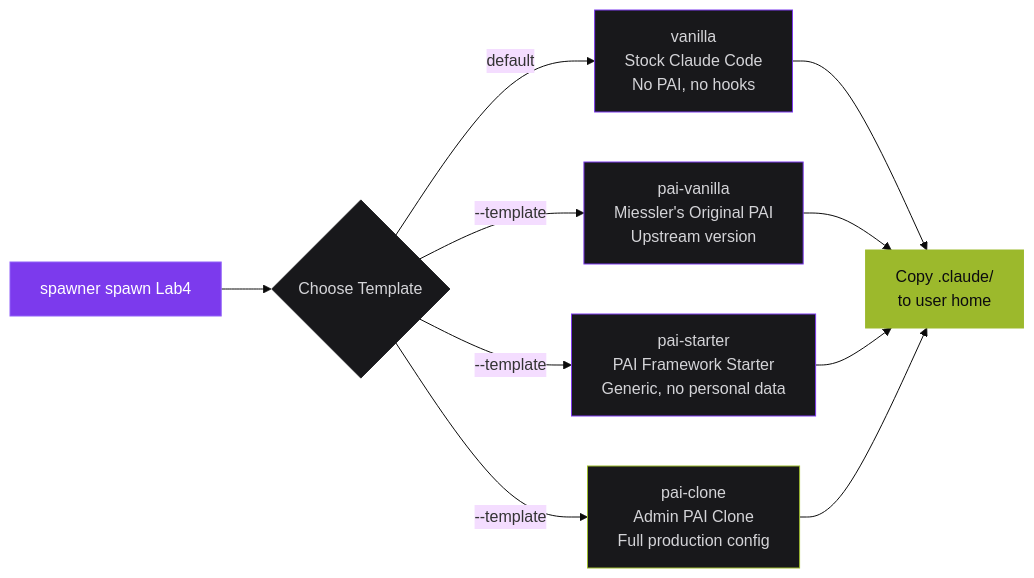
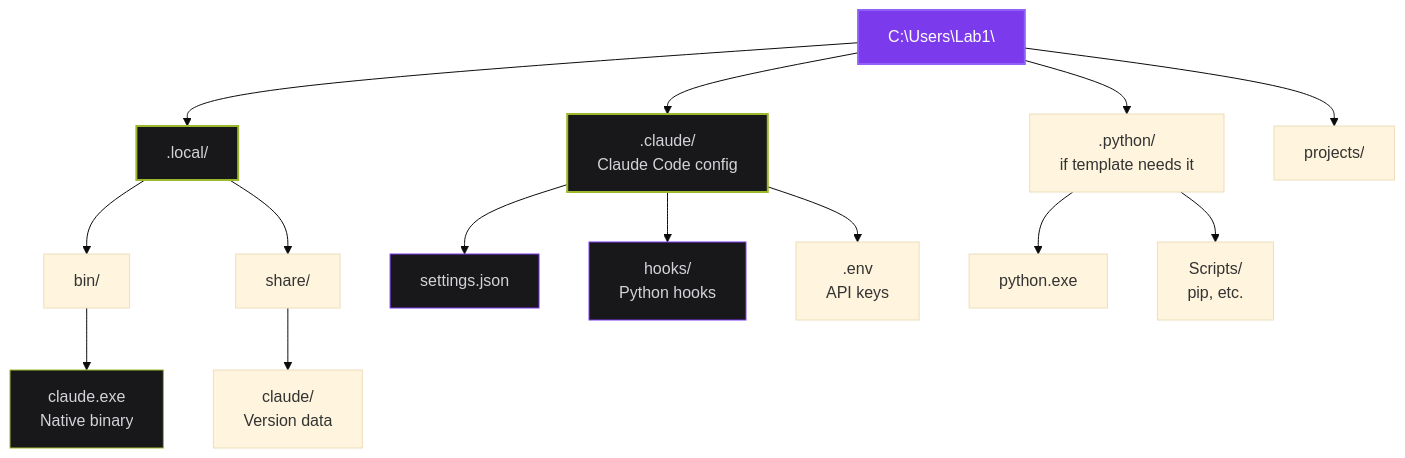
One commit to brrhlv/cc-spawner changed the fourth of 6 diagrams in docs/ARCHITECTURE-DIAGRAMS.md. Above: the diagram before and after it, drawn with Mermaid (base theme). The commit also changed other lines of this file and 961 other files, not shown here.

````diff
--- a/docs/ARCHITECTURE-DIAGRAMS.md
+++ b/docs/ARCHITECTURE-DIAGRAMS.md
@@ -92,22 +87,26 @@
 ```mermaid
-graph LR
-    Spawn[spawner spawn Lab4] --> Template{Choose Template}
+graph TB
+    UserHome[C:\Users\Lab1\] --> Local[.local/]
+    UserHome --> Claude[.claude/<br/>Claude Code config]
+    UserHome --> Python[.python/<br/>if template needs it]
+    UserHome --> Projects[projects/]
 
-    Template -->|default| Vanilla[vanilla<br/>Stock Claude Code<br/>No PAI, no hooks]
-    Template -->|--template| PaiVanilla[pai-vanilla<br/>Miessler's Original PAI<br/>Upstream version]
-    Template -->|--template| PaiStarter[pai-starter<br/>PAI Framework Starter<br/>Generic, no personal data]
-    Template -->|--template| PaiClone[pai-clone<br/>Admin PAI Clone<br/>Full production config]
+    Local --> Bin[bin/]
+    Local --> Share[share/]
+    Bin --> ClaudeExe[claude.exe<br/>Native binary]
+    Share --> ClaudeData[claude/<br/>Version data]
 
-    Vanilla --> Apply[Copy .claude/<br/>to user home]
-    PaiVanilla --> Apply
-    PaiStarter --> Apply
-    PaiClone --> Apply
+    Claude --> Settings[settings.json]
+    Claude --> Hooks[hooks/<br/>Python hooks]
+    Claude --> Env[.env<br/>API keys]
 
-    style Spawn fill:#7C3AED,stroke:#9061F9,color:#fff
-    style Template fill:#18181B,stroke:#27272A,color:#D4D4D8
-    style Vanilla fill:#18181B,stroke:#7C3AED,color:#D4D4D8
-    style PaiVanilla fill:#18181B,stroke:#7C3AED,color:#D4D4D8
-    style PaiStarter fill:#18181B,stroke:#7C3AED,color:#D4D4D8
-    style PaiClone fill:#18181B,stroke:#9CB92C,color:#D4D4D8
-    style Apply fill:#9CB92C,stroke:#9CB92C,color:#0C0C0F
+    Python --> PyExe[python.exe]
+    Python --> Scripts[Scripts/<br/>pip, etc.]
+
+    style UserHome fill:#7C3AED,stroke:#9061F9,stroke-width:2px,color:#fff
+    style Local fill:#18181B,stroke:#9CB92C,stroke-width:2px,color:#D4D4D8
+    style Claude fill:#18181B,stroke:#9CB92C,stroke-width:2px,color:#D4D4D8
+    style ClaudeExe fill:#18181B,stroke:#9CB92C,color:#D4D4D8
+    style Settings fill:#18181B,stroke:#7C3AED,color:#D4D4D8
+    style Hooks fill:#18181B,stroke:#7C3AED,color:#D4D4D8
 ```
````
